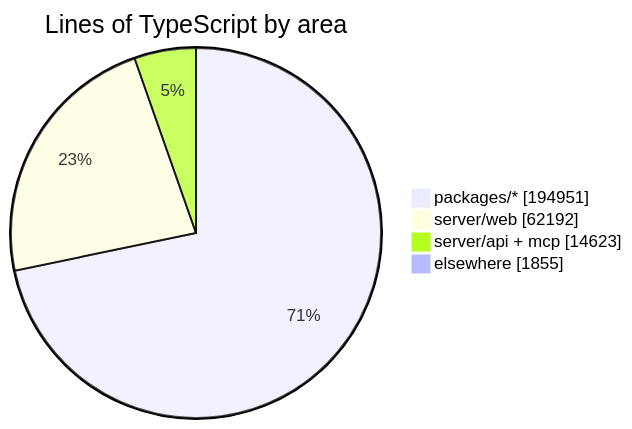
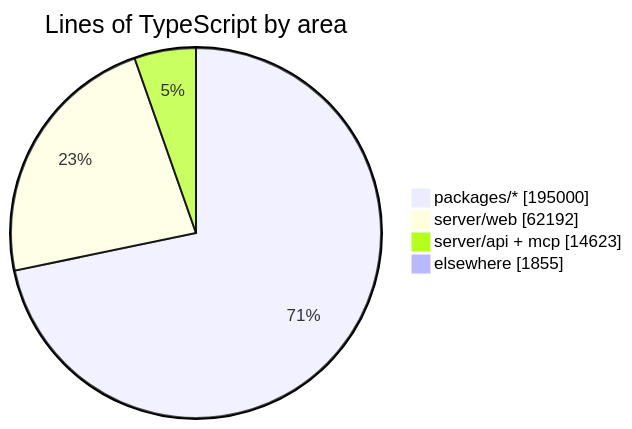
The diagram in README.md (crossworks-engineering/mantle), drawn with Mermaid before and after one commit. The commit also changed other lines of this file and 2 other files, not shown here.

````diff
--- a/README.md
+++ b/README.md
@@ -287,7 +287,7 @@
 ```mermaid
 pie showData title Lines of TypeScript by area
-    "packages/*" : 194951
+    "packages/*" : 195000
     "server/web" : 62192
     "server/api + mcp" : 14623
     "elsewhere" : 1855
 ```
````
